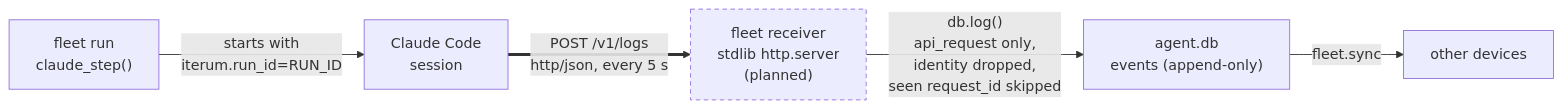
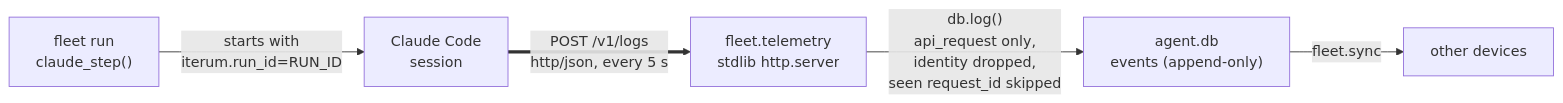
The second of 2 diagrams in docs/telemetry/claude-code-telemetry.md (shaynemeyer/iterum), drawn with Mermaid before and after one commit. The commit also changed other lines of this file and 5 other files, not shown here.

````diff
--- a/docs/telemetry/claude-code-telemetry.md
+++ b/docs/telemetry/claude-code-telemetry.md
@@ -181,13 +183,12 @@
 ```mermaid
 flowchart LR
     RUN["fleet run<br/>claude_step()"]
     CC["Claude Code<br/>session"]
-    RX["fleet receiver<br/>stdlib http.server<br/>(planned)"]
+    RX["fleet.telemetry<br/>stdlib http.server"]
     DB["agent.db<br/>events (append-only)"]
     OTHER["other devices"]
     RUN -- "starts with<br/>iterum.run_id=RUN_ID" --> CC
     CC == "POST /v1/logs<br/>http/json, every 5 s" ==> RX
     RX -- "db.log()<br/>api_request only,<br/>identity dropped,<br/>seen request_id skipped" --> DB
     DB -- fleet.sync --> OTHER
-    style RX stroke-dasharray: 5 4
 ```
````
